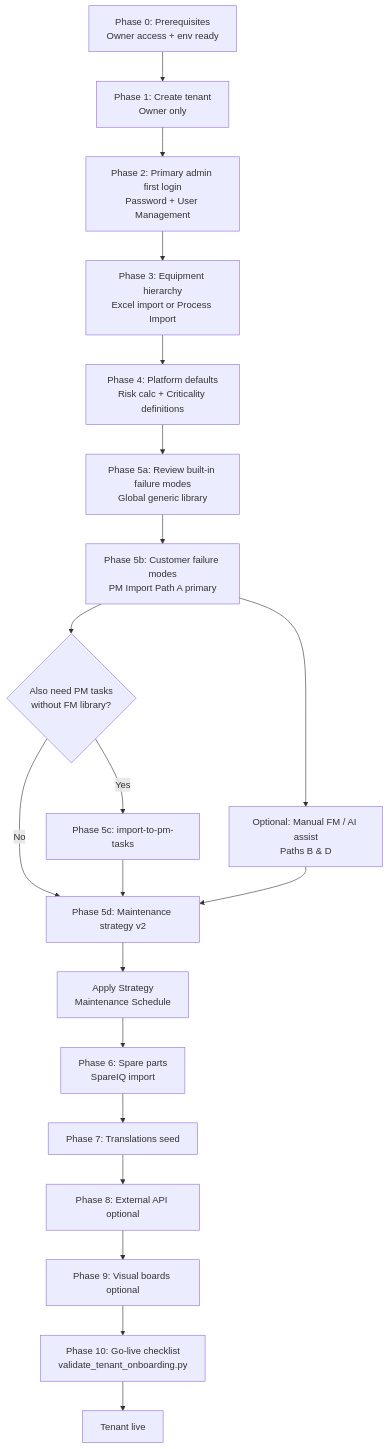
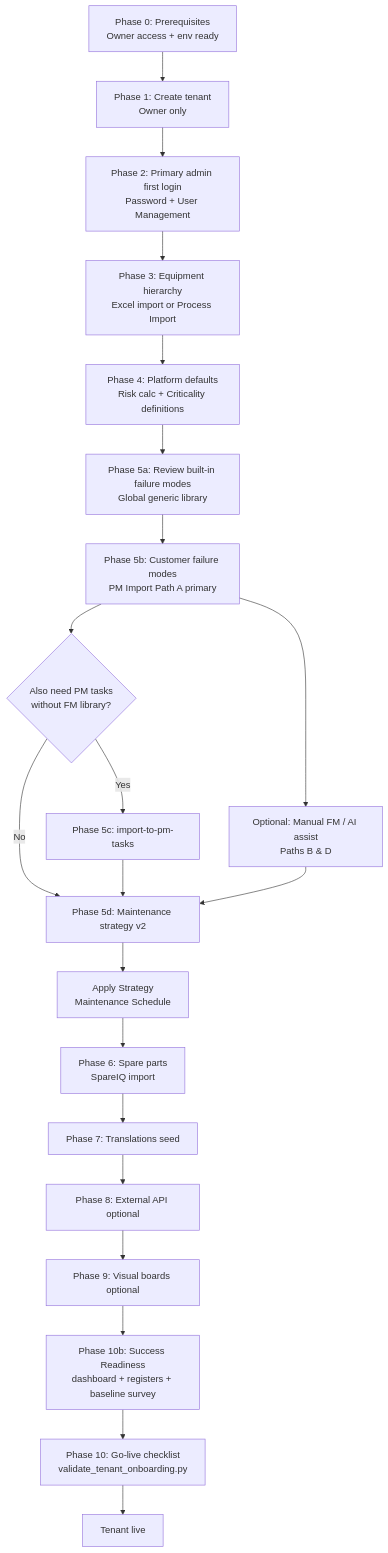
The diagram in docs/CLIENT_ONBOARDING_PLAYBOOK.md (jedijk/AssetIQ-UAT), drawn with Mermaid before and after one commit. The commit also changed other lines of this file and 13 other files, not shown here.

````diff
--- a/docs/CLIENT_ONBOARDING_PLAYBOOK.md
+++ b/docs/CLIENT_ONBOARDING_PLAYBOOK.md
@@ -436,22 +495,23 @@
 ```mermaid
 flowchart TD
     A[Phase 0: Prerequisites<br/>Owner access + env ready] --> B[Phase 1: Create tenant<br/>Owner only]
     B --> C[Phase 2: Primary admin first login<br/>Password + User Management]
     C --> D[Phase 3: Equipment hierarchy<br/>Excel import or Process Import]
     D --> E[Phase 4: Platform defaults<br/>Risk calc + Criticality definitions]
     E --> F[Phase 5a: Review built-in failure modes<br/>Global generic library]
     F --> G[Phase 5b: Customer failure modes<br/>PM Import Path A primary]
     G --> H{Also need PM tasks<br/>without FM library?}
     H -->|Yes| I[Phase 5c: import-to-pm-tasks]
     H -->|No| J[Phase 5d: Maintenance strategy v2]
     I --> J
     G --> G2[Optional: Manual FM / AI assist<br/>Paths B & D]
     G2 --> J
     J --> K[Apply Strategy<br/>Maintenance Schedule]
     K --> L[Phase 6: Spare parts<br/>SpareIQ import]
     L --> M[Phase 7: Translations seed]
     M --> N[Phase 8: External API optional]
     N --> O[Phase 9: Visual boards optional]
-    O --> P[Phase 10: Go-live checklist<br/>validate_tenant_onboarding.py]
+    O --> SR[Phase 10b: Success Readiness<br/>dashboard + registers + baseline survey]
+    SR --> P[Phase 10: Go-live checklist<br/>validate_tenant_onboarding.py]
     P --> Q[Tenant live]
 ```
````
